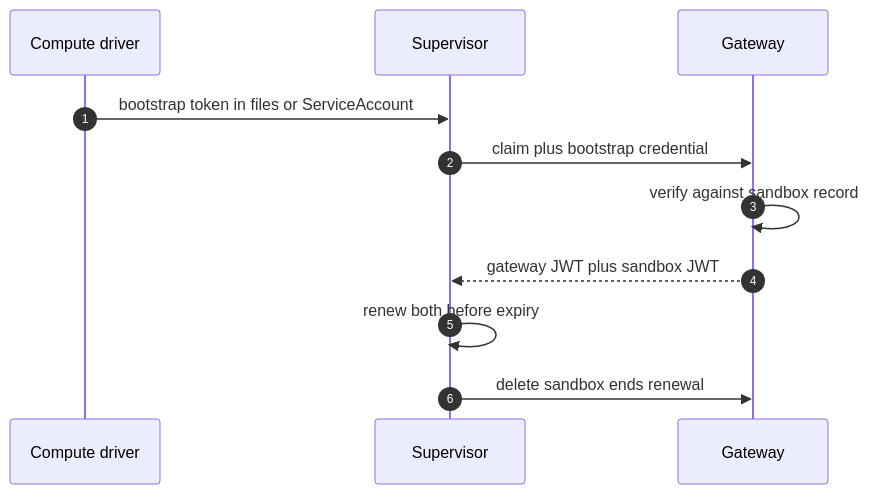
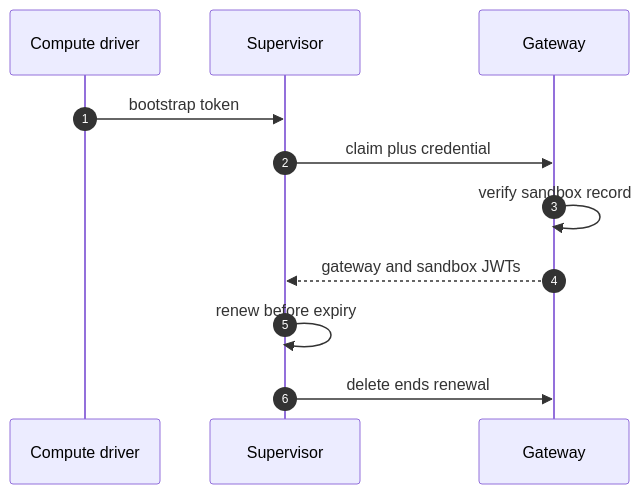
Before and after one commit to harishgovardhandamodar/AI-Agents-Patterns: the ninth of 26 diagrams in book/OPENSHELL-REFERENCE-ARCHITECTURE.md, drawn with Mermaid. The commit also changed other lines of this file and 4 other files, not shown here.

First line of the commit message:
Presentable UML: vertical stacks, no dead columns, tighter sequences

````diff
--- a/book/OPENSHELL-REFERENCE-ARCHITECTURE.md
+++ b/book/OPENSHELL-REFERENCE-ARCHITECTURE.md
@@ -319,13 +319,13 @@
 ```mermaid
 sequenceDiagram
     autonumber
     participant DR as Compute driver
     participant SV as Supervisor
     participant GW as Gateway
-    DR->>SV: bootstrap token in files or ServiceAccount
-    SV->>GW: claim plus bootstrap credential
-    GW->>GW: verify against sandbox record
-    GW-->>SV: gateway JWT plus sandbox JWT
-    SV->>SV: renew both before expiry
-    SV->>GW: delete sandbox ends renewal
+    DR->>SV: bootstrap token
+    SV->>GW: claim plus credential
+    GW->>GW: verify sandbox record
+    GW-->>SV: gateway and sandbox JWTs
+    SV->>SV: renew before expiry
+    SV->>GW: delete ends renewal
 ```
````
